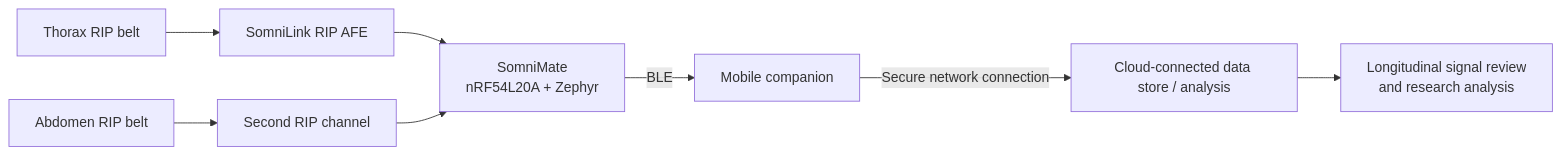
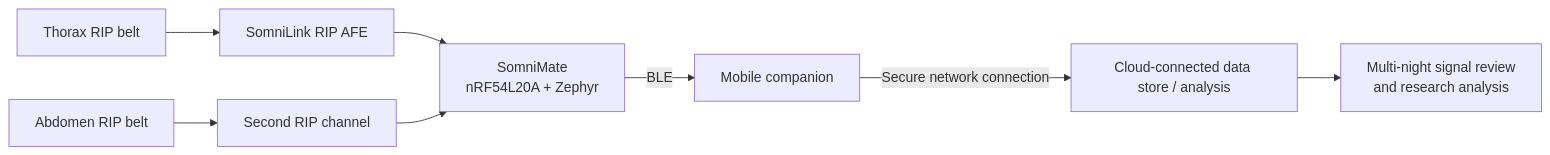
One commit to CDonohoe-Designs/SomniMate changed the diagram in docs/CONNECTED_IOT_ARCHITECTURE.md. Above: the diagram before and after it, drawn with Mermaid. The commit also changed other lines of this file, not shown here.

Commit message:
Use clearer multi-night wording in IoT architecture

````diff
--- a/docs/CONNECTED_IOT_ARCHITECTURE.md
+++ b/docs/CONNECTED_IOT_ARCHITECTURE.md
@@ -7,10 +7,10 @@
 ```mermaid
 flowchart LR
     A[Thorax RIP belt] --> B[SomniLink RIP AFE]
     C[Abdomen RIP belt] --> D[Second RIP channel]
     B --> E[SomniMate\nnRF54L20A + Zephyr]
     D --> E
     E -->|BLE| F[Mobile companion]
     F -->|Secure network connection| G[Cloud-connected data store / analysis]
-    G --> H[Longitudinal signal review\nand research analysis]
+    G --> H[Multi-night signal review\nand research analysis]
 ```
````
